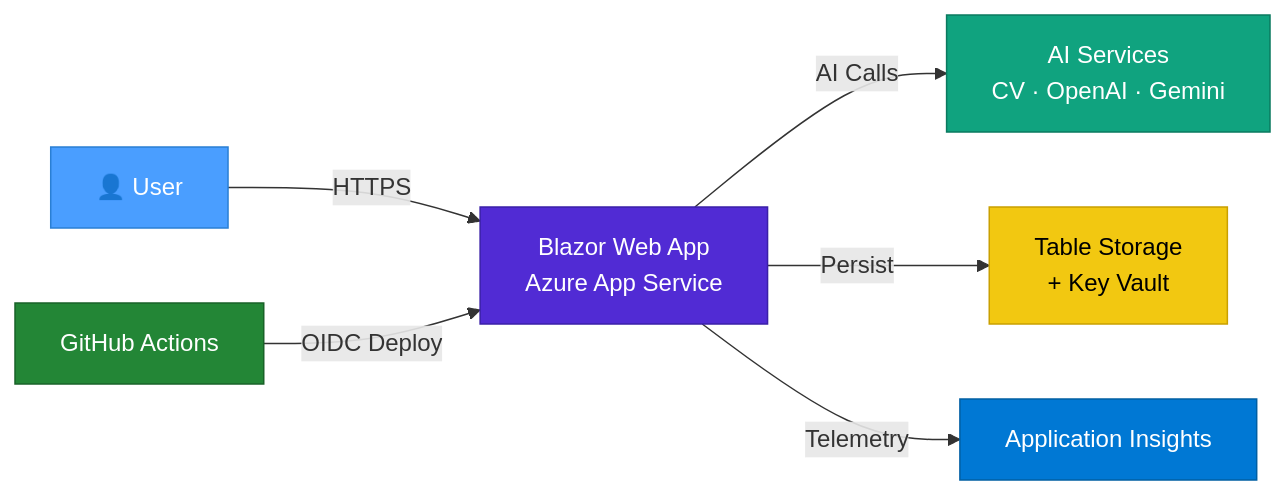
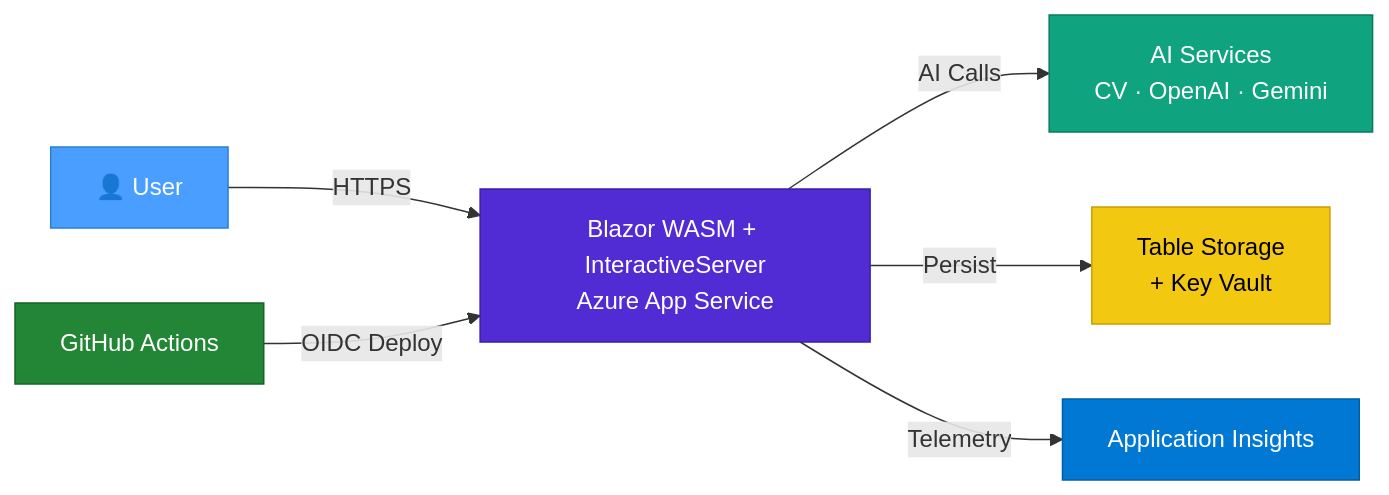
One commit to punkouter26/PoRedoImage changed the diagram in docs/Architecture_MASTER_SIMPLE.mmd. Above: the diagram before and after it, drawn with Mermaid. The commit also changed 38 other files, not shown here.

```diff
--- a/docs/Architecture_MASTER_SIMPLE.mmd
+++ b/docs/Architecture_MASTER_SIMPLE.mmd
@@ -1,13 +1,13 @@
 flowchart LR
-    User["👤 User"] -->|"HTTPS"| App["Blazor Web App\nAzure App Service"]
+    User["👤 User"] -->|"HTTPS"| App["Blazor WASM + InteractiveServer\nAzure App Service"]
     App -->|"AI Calls"| AI["AI Services\nCV · OpenAI · Gemini"]
     App -->|"Persist"| Data["Table Storage\n+ Key Vault"]
     App -->|"Telemetry"| Ops["Application Insights"]
     CI["GitHub Actions"] -->|"OIDC Deploy"| App
 
     style User fill:#4a9eff,stroke:#2a7fd4,color:#fff
     style App fill:#512bd4,stroke:#3a1fa8,color:#fff
     style AI fill:#10a37f,stroke:#0a7a5f,color:#fff
     style Data fill:#f2c811,stroke:#c9a000,color:#000
     style Ops fill:#0078d4,stroke:#005fa3,color:#fff
     style CI fill:#238636,stroke:#196228,color:#fff
```
